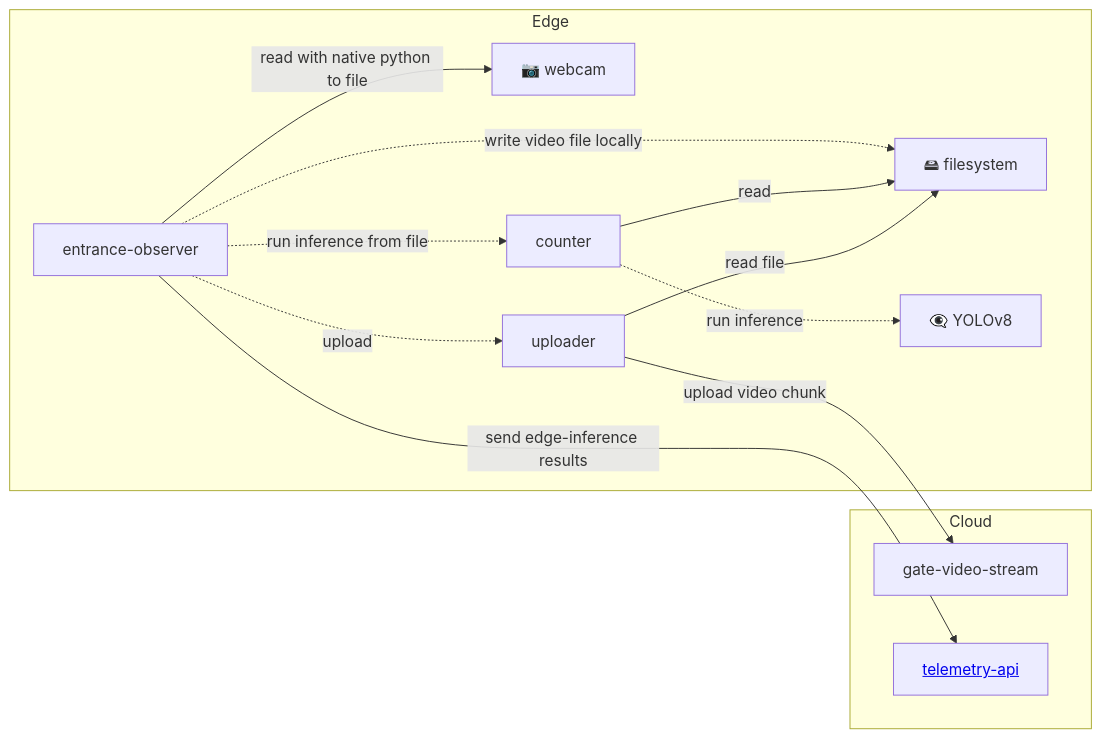
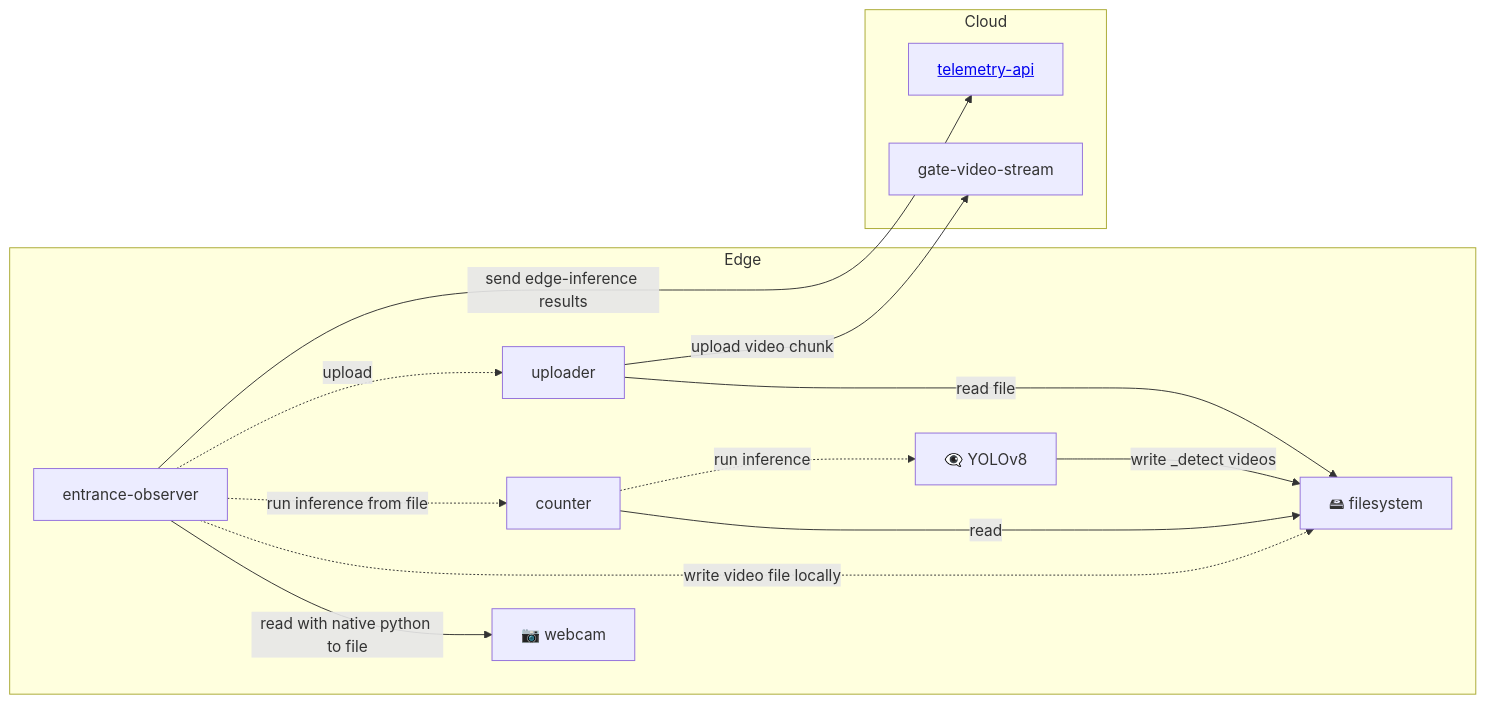
One commit to Gratheon/entrance-observer changed the diagram in README.md. Above: the diagram before and after it, drawn with Mermaid.

````diff
--- a/README.md
+++ b/README.md
@@ -75,16 +75,16 @@
 ```mermaid
 flowchart LR
 	subgraph Edge
 	entrance-observer --"read with native python to file"--> webcam["📷 webcam"]
 	entrance-observer -."write video file locally" .-> filesystem["🖴 filesystem"]
 	entrance-observer -."run inference from file" .-> counter --"read"--> filesystem
-	counter -."run inference".-> yolov8["👁️‍🗨 YOLOv8"]
+	counter -."run inference".-> yolov8["👁️‍🗨 YOLOv8"] --"write _detect videos"--> filesystem
     uploader --"read file"--> filesystem
     
 	end
 
 	subgraph Cloud
         entrance-observer -."upload".-> uploader --"upload video chunk"--> gate-video-stream
 	    entrance-observer --"send edge-inference results"--> telemetry-api[<a href="https://github.com/Gratheon/telemetry-api">telemetry-api</a>]
 	end
 ```
````
